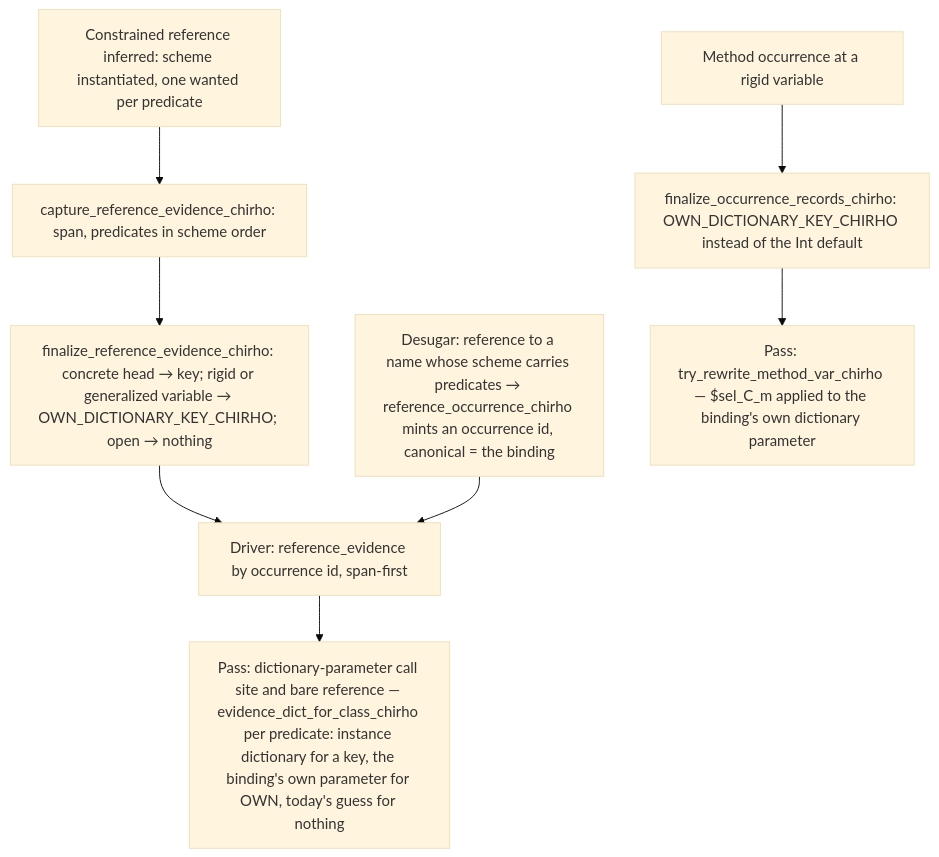
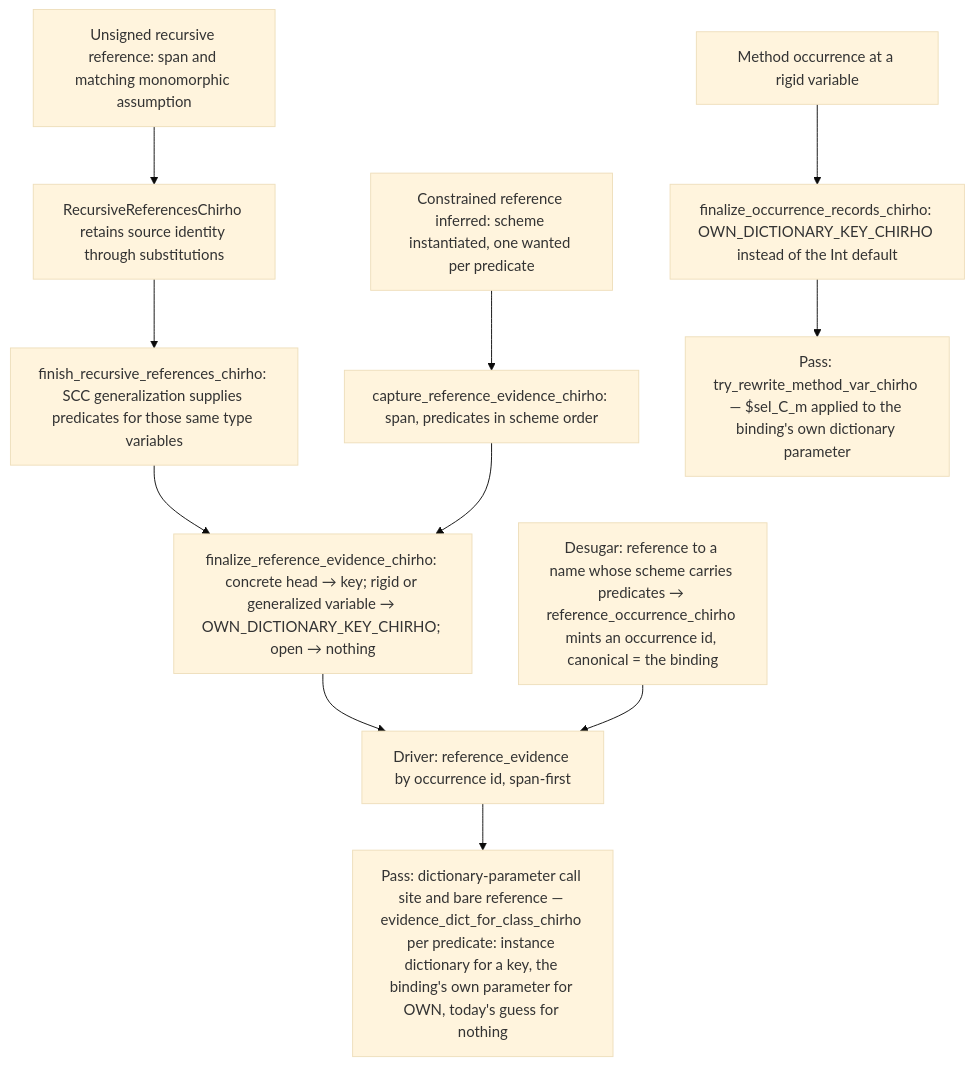
One commit to loveJesus/haskelujah-chirho changed the second of 2 diagrams in spec-chirho/workflows-chirho/language-features-chirho/dictionary-evidence-chirho.md. Above: the diagram before and after it, drawn with Mermaid (base theme). The commit also changed other lines of this file and 149 other files, not shown here.

````diff
--- a/spec-chirho/workflows-chirho/language-features-chirho/dictionary-evidence-chirho.md
+++ b/spec-chirho/workflows-chirho/language-features-chirho/dictionary-evidence-chirho.md
@@ -45,12 +45,15 @@
 ```mermaid
 flowchart TD
     ref_chirho[Constrained reference inferred: scheme instantiated, one wanted per predicate]
     ref_chirho --> capture_ref_chirho[capture_reference_evidence_chirho: span, predicates in scheme order]
+    recursive_ref_chirho[Unsigned recursive reference: span and matching monomorphic assumption] --> pending_ref_chirho[RecursiveReferencesChirho retains source identity through substitutions]
+    pending_ref_chirho --> finish_ref_chirho[finish_recursive_references_chirho: SCC generalization supplies predicates for those same type variables]
+    finish_ref_chirho --> finalize_ref_chirho
     capture_ref_chirho --> finalize_ref_chirho[finalize_reference_evidence_chirho: concrete head → key; rigid or generalized variable → OWN_DICTIONARY_KEY_CHIRHO; open → nothing]
     method_chirho[Method occurrence at a rigid variable] --> own_chirho[finalize_occurrence_records_chirho: OWN_DICTIONARY_KEY_CHIRHO instead of the Int default]
     desugar_ref_chirho[Desugar: reference to a name whose scheme carries predicates → reference_occurrence_chirho mints an occurrence id, canonical = the binding]
     finalize_ref_chirho --> join_ref_chirho[Driver: reference_evidence by occurrence id, span-first]
     desugar_ref_chirho --> join_ref_chirho
     join_ref_chirho --> callsite_chirho[Pass: dictionary-parameter call site and bare reference — evidence_dict_for_class_chirho per predicate: instance dictionary for a key, the binding's own parameter for OWN, today's guess for nothing]
     own_chirho --> selector_chirho[Pass: try_rewrite_method_var_chirho — $sel_C_m applied to the binding's own dictionary parameter]
 ```
````
